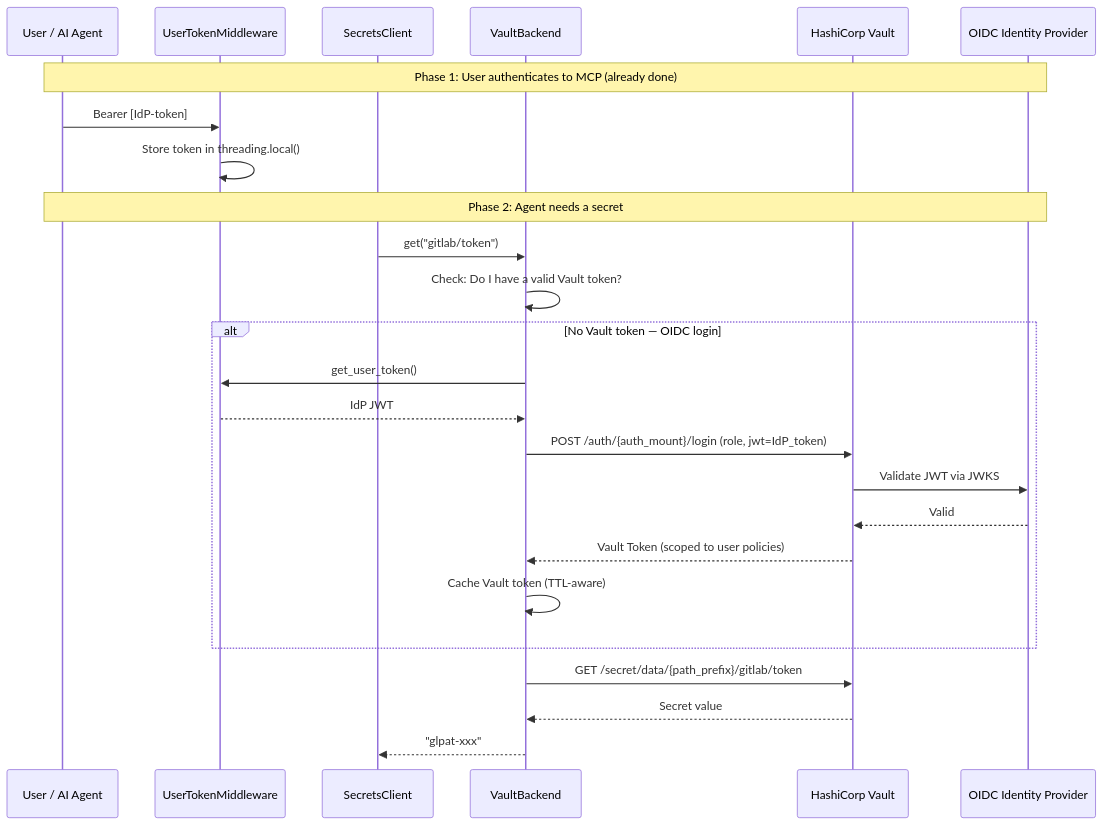
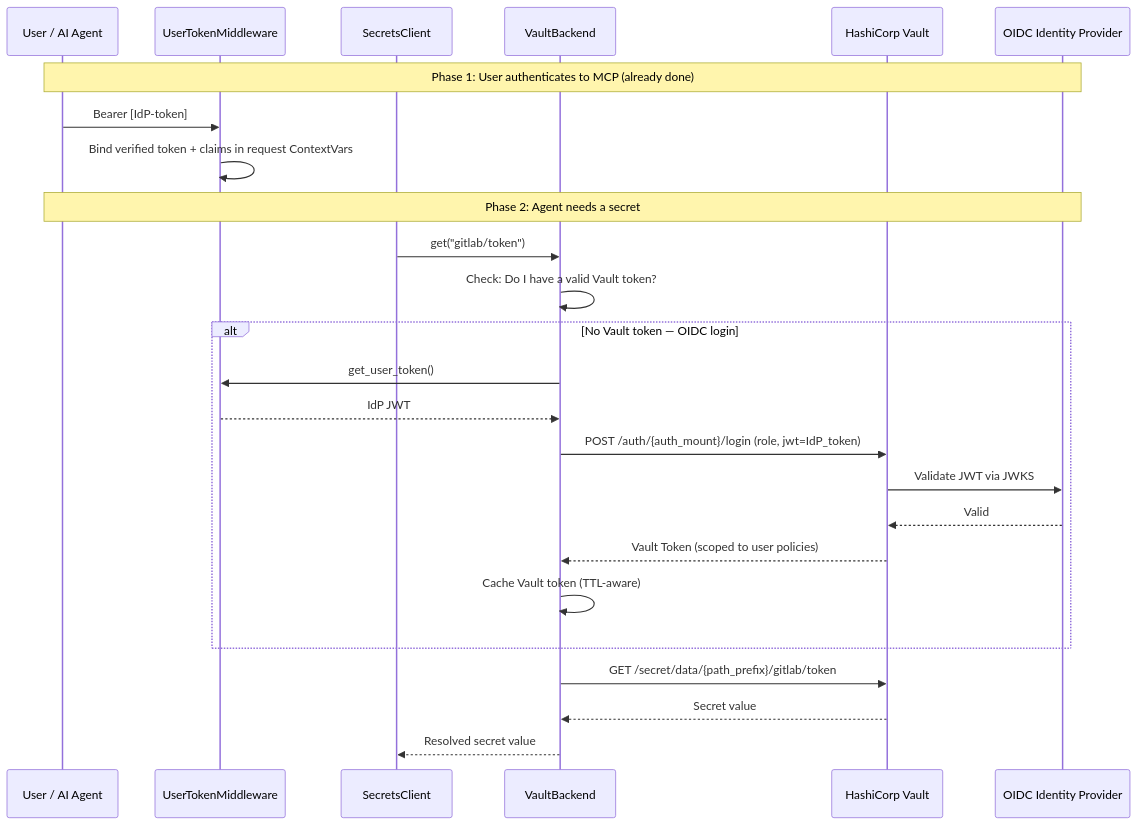
One commit to Knuckles-Team/agent-utilities changed the third of 4 diagrams in docs/guides/oauth_sso.md. Above: the diagram before and after it, drawn with Mermaid. The commit also changed other lines of this file and 3818 other files, not shown here.

````diff
--- a/docs/guides/oauth_sso.md
+++ b/docs/guides/oauth_sso.md
@@ -359,31 +372,31 @@
 ```mermaid
 sequenceDiagram
     participant User as User / AI Agent
     participant MW as UserTokenMiddleware
     participant SC as SecretsClient
     participant VB as VaultBackend
     participant Vault as HashiCorp Vault
     participant IdP as OIDC Identity Provider
 
     Note over User,IdP: Phase 1: User authenticates to MCP (already done)
     User->>MW: Bearer [IdP-token]
-    MW->>MW: Store token in threading.local()
+    MW->>MW: Bind verified token + claims in request ContextVars
 
     Note over User,IdP: Phase 2: Agent needs a secret
     SC->>VB: get("gitlab/token")
     VB->>VB: Check: Do I have a valid Vault token?
 
     alt No Vault token — OIDC login
         VB->>MW: get_user_token()
         MW-->>VB: IdP JWT
         VB->>Vault: POST /auth/{auth_mount}/login (role, jwt=IdP_token)
         Vault->>IdP: Validate JWT via JWKS
         IdP-->>Vault: Valid
         Vault-->>VB: Vault Token (scoped to user policies)
         VB->>VB: Cache Vault token (TTL-aware)
     end
 
     VB->>Vault: GET /secret/data/{path_prefix}/gitlab/token
     Vault-->>VB: Secret value
-    VB-->>SC: "glpat-xxx"
+    VB-->>SC: Resolved secret value
 ```
````
